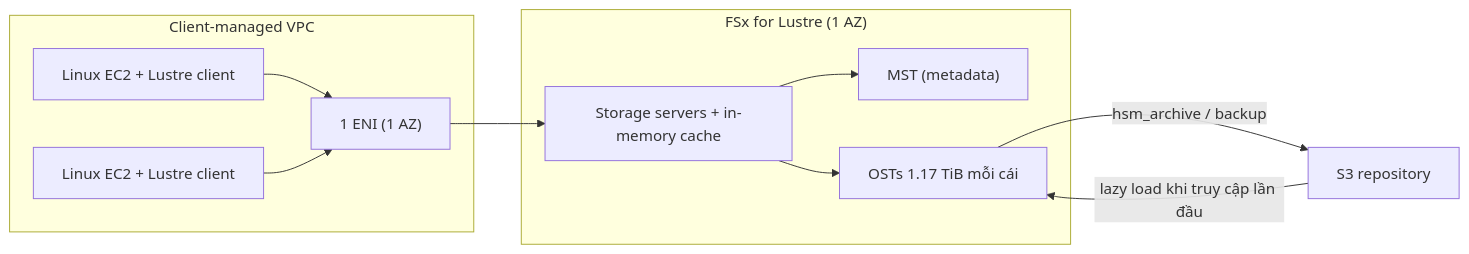
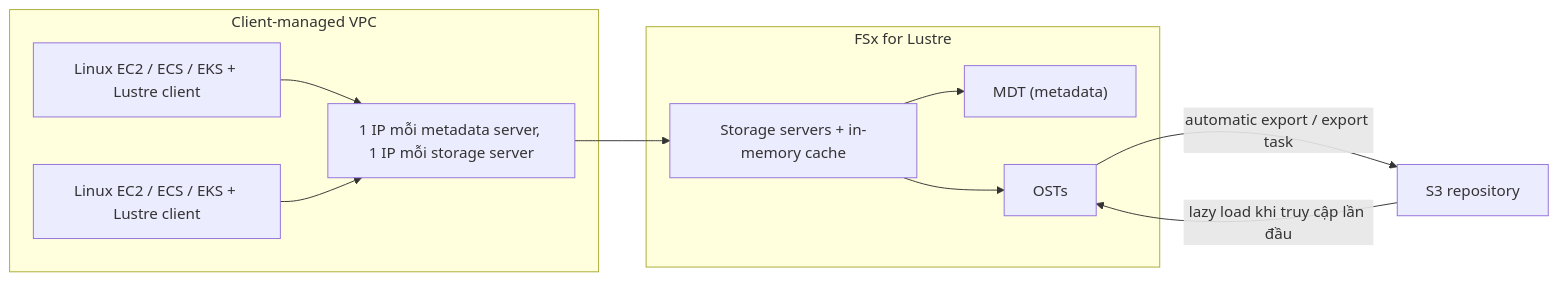
One commit to hairbui76/aws-saa-c03 changed the diagram in data/17 Hybrid and Migration/FSx for Lustre.md. Above: the diagram before and after it, drawn with Mermaid. The commit also changed other lines of this file and 57 other files, not shown here.

````diff
--- a/data/17 Hybrid and Migration/FSx for Lustre.md
+++ b/data/17 Hybrid and Migration/FSx for Lustre.md
@@ -55,20 +66,20 @@
 ```mermaid
 flowchart LR
   subgraph CVPC["Client-managed VPC"]
-    C1["Linux EC2 + Lustre client"]
-    C2["Linux EC2 + Lustre client"]
-    ENI["1 ENI (1 AZ)"]
+    C1["Linux EC2 / ECS / EKS + Lustre client"]
+    C2["Linux EC2 / ECS / EKS + Lustre client"]
+    ENI["1 IP mỗi metadata server, 1 IP mỗi storage server"]
     C1 --> ENI
     C2 --> ENI
   end
-  subgraph FSXL["FSx for Lustre (1 AZ)"]
+  subgraph FSXL["FSx for Lustre"]
     SS["Storage servers + in-memory cache"]
-    MST["MST (metadata)"]
-    OST["OSTs 1.17 TiB mỗi cái"]
-    SS --> MST
+    MDT["MDT (metadata)"]
+    OST["OSTs"]
+    SS --> MDT
     SS --> OST
   end
   ENI --> SS
   S3["S3 repository"] -- "lazy load khi truy cập lần đầu" --> OST
-  OST -- "hsm_archive / backup" --> S3
+  OST -- "automatic export / export task" --> S3
 ```
````
